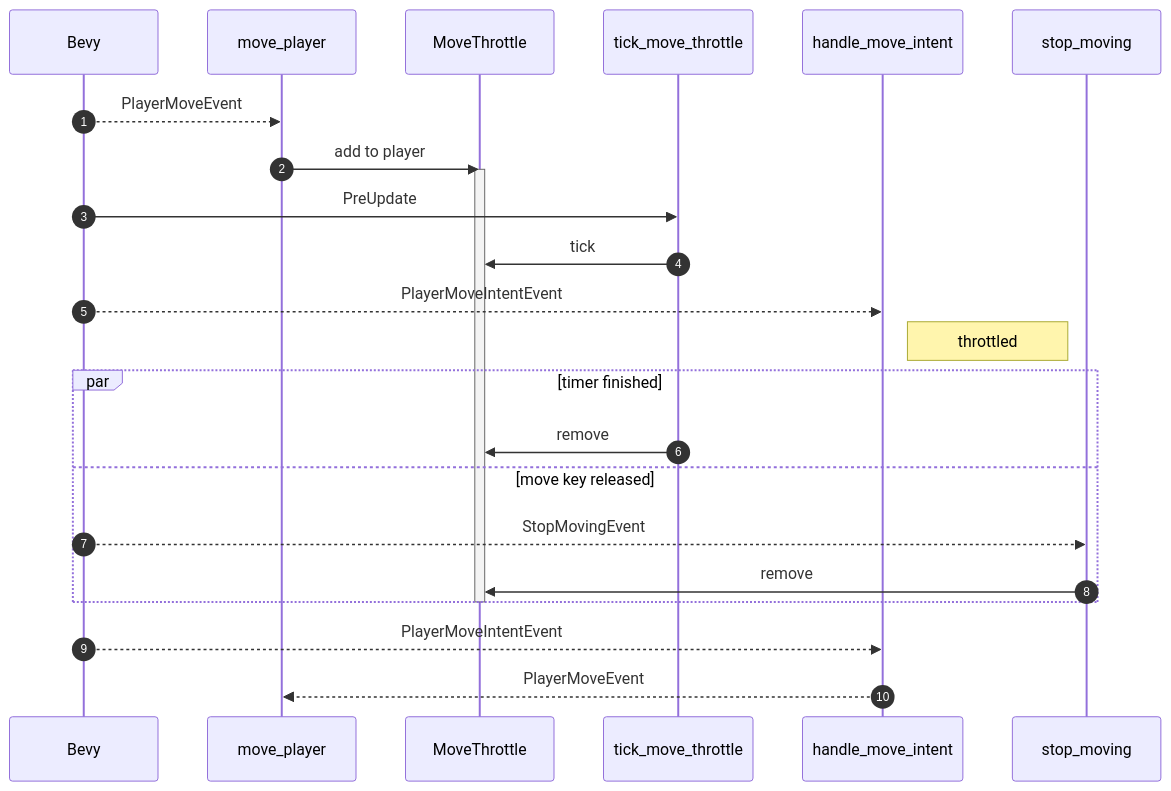
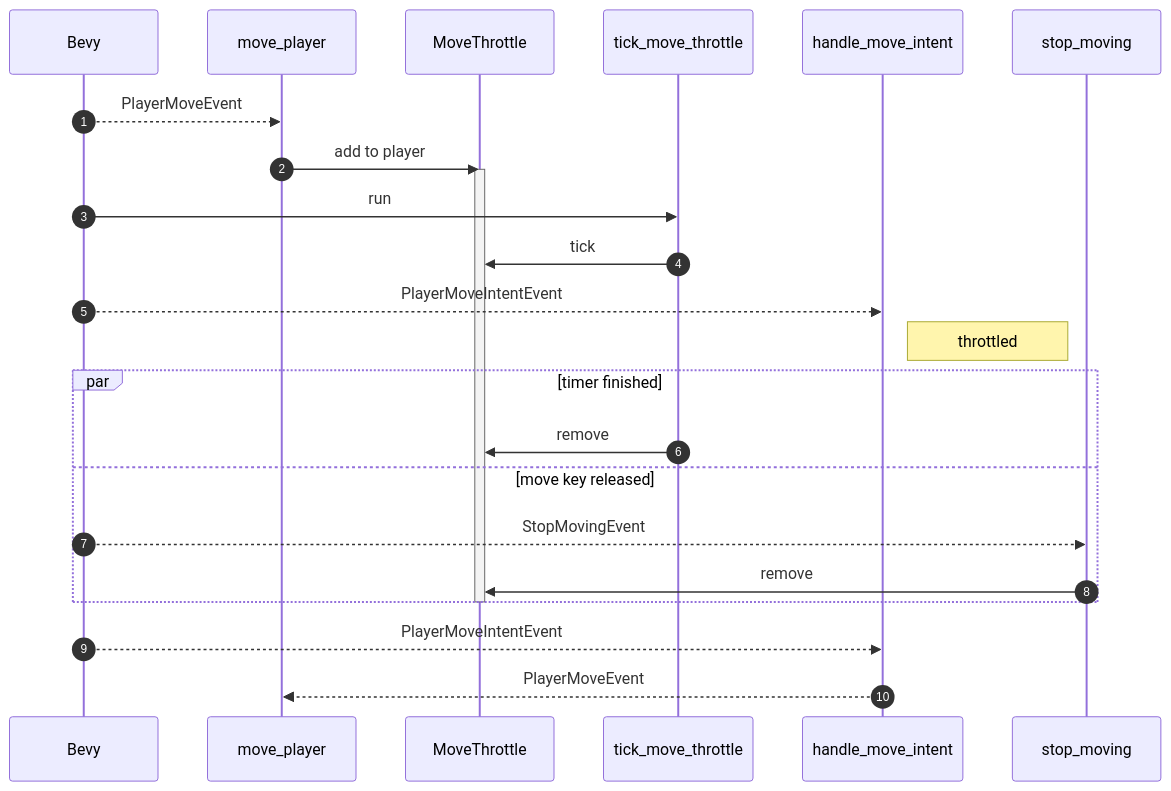
Before and after one commit to JorgeLGonzalez/dungeon_crawl_p2p: the fourth of 4 diagrams in src/systems/player_actions/README.md, drawn with Mermaid. The commit also changed 8 other files, not shown here.

Commit message:
refactor: PlayerMovement->MoveThrottle

````diff
--- a/src/systems/player_actions/README.md
+++ b/src/systems/player_actions/README.md
@@ -62,20 +62,20 @@
 ```mermaid
 sequenceDiagram
 autonumber
 Bevy-->>move_player: PlayerMoveEvent
 move_player->>MoveThrottle: add to player
 activate MoveThrottle
-Bevy->>tick_move_throttle: PreUpdate
+Bevy->>tick_move_throttle: run
 tick_move_throttle->>MoveThrottle: tick
 Bevy-->>handle_move_intent: PlayerMoveIntentEvent
 Note right of handle_move_intent: throttled
 par timer finished
 tick_move_throttle->>MoveThrottle: remove
 and move key released
 Bevy-->>stop_moving: StopMovingEvent
 stop_moving->>MoveThrottle: remove
 end
 deactivate MoveThrottle
 Bevy-->>handle_move_intent: PlayerMoveIntentEvent
 handle_move_intent-->>move_player: PlayerMoveEvent
 ```
````
